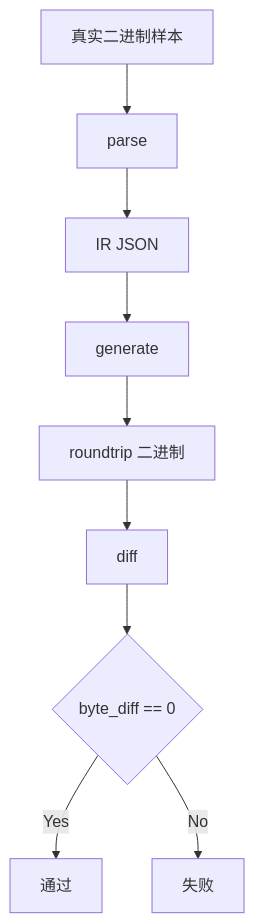
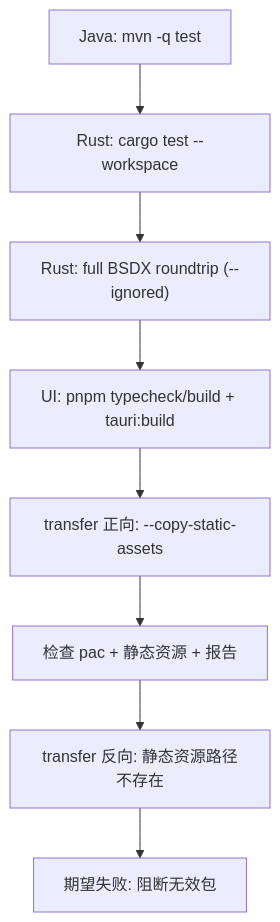
One commit to Karaik/NeXAS_DX changed the diagram in docs/project-deep-dive/roundtrip-acceptance.md. Above: the diagram before and after it, drawn with Mermaid. The commit also changed other lines of this file and 27 other files, not shown here.

Commit message:
feat(transfer): finalize dependency-closed flow and regression docs

````diff
--- a/docs/project-deep-dive/roundtrip-acceptance.md
+++ b/docs/project-deep-dive/roundtrip-acceptance.md
@@ -54,11 +103,10 @@
 ```mermaid
 flowchart TD
-  A[真实二进制样本] --> B[parse]
-  B --> C[IR JSON]
-  C --> D[generate]
-  D --> E[roundtrip 二进制]
-  E --> F[diff]
-  F --> G{byte_diff == 0}
-  G -->|Yes| H[通过]
-  G -->|No| I[失败]
+  A["Java: mvn -q test"] --> B["Rust: cargo test --workspace"]
+  B --> C["Rust: full BSDX roundtrip (--ignored)"]
+  C --> D["UI: pnpm typecheck/build + tauri:build"]
+  D --> E["transfer 正向: --copy-static-assets"]
+  E --> F["检查 pac + 静态资源 + 报告"]
+  F --> G["transfer 反向: 静态资源路径不存在"]
+  G --> H["期望失败: 阻断无效包"]
 ```
````
